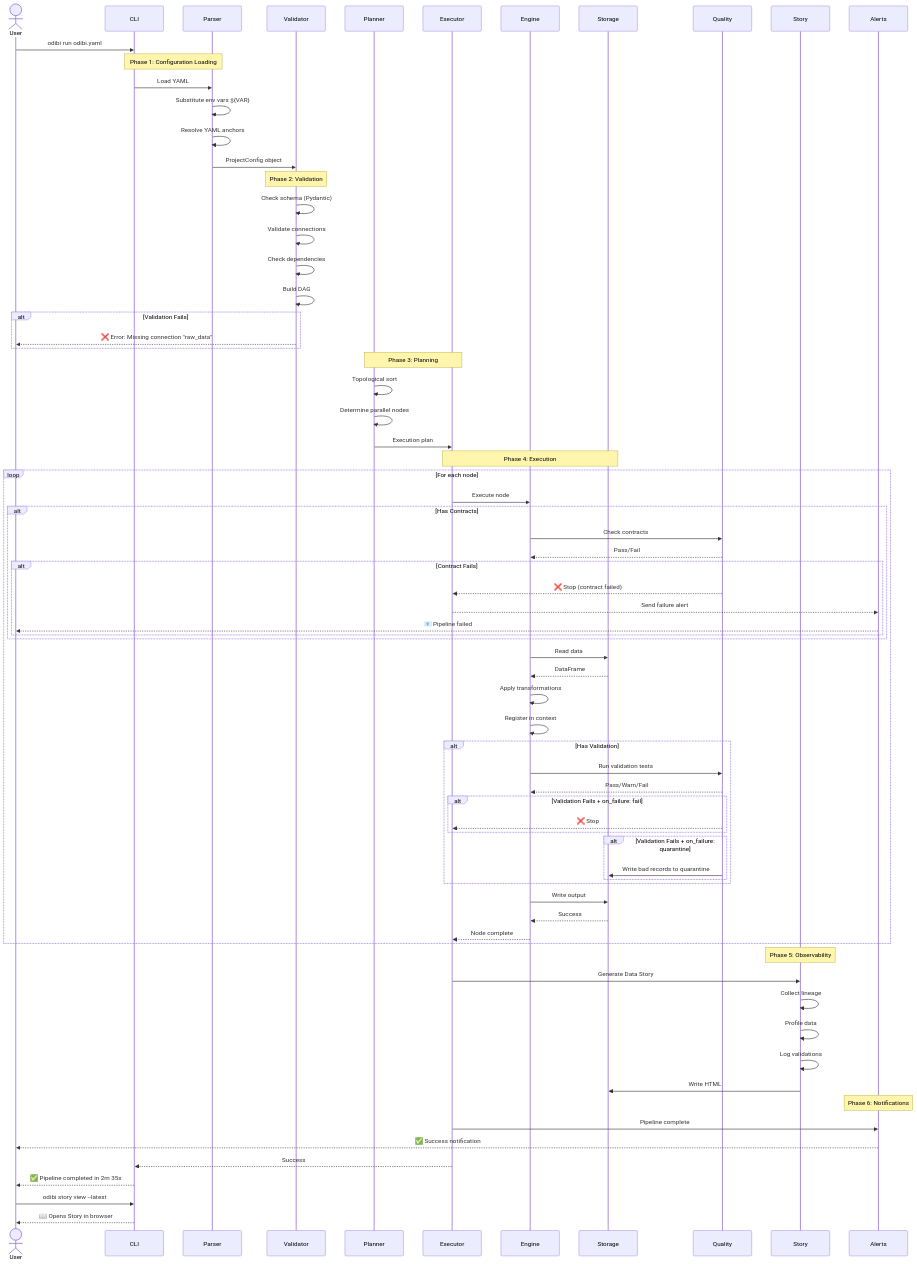
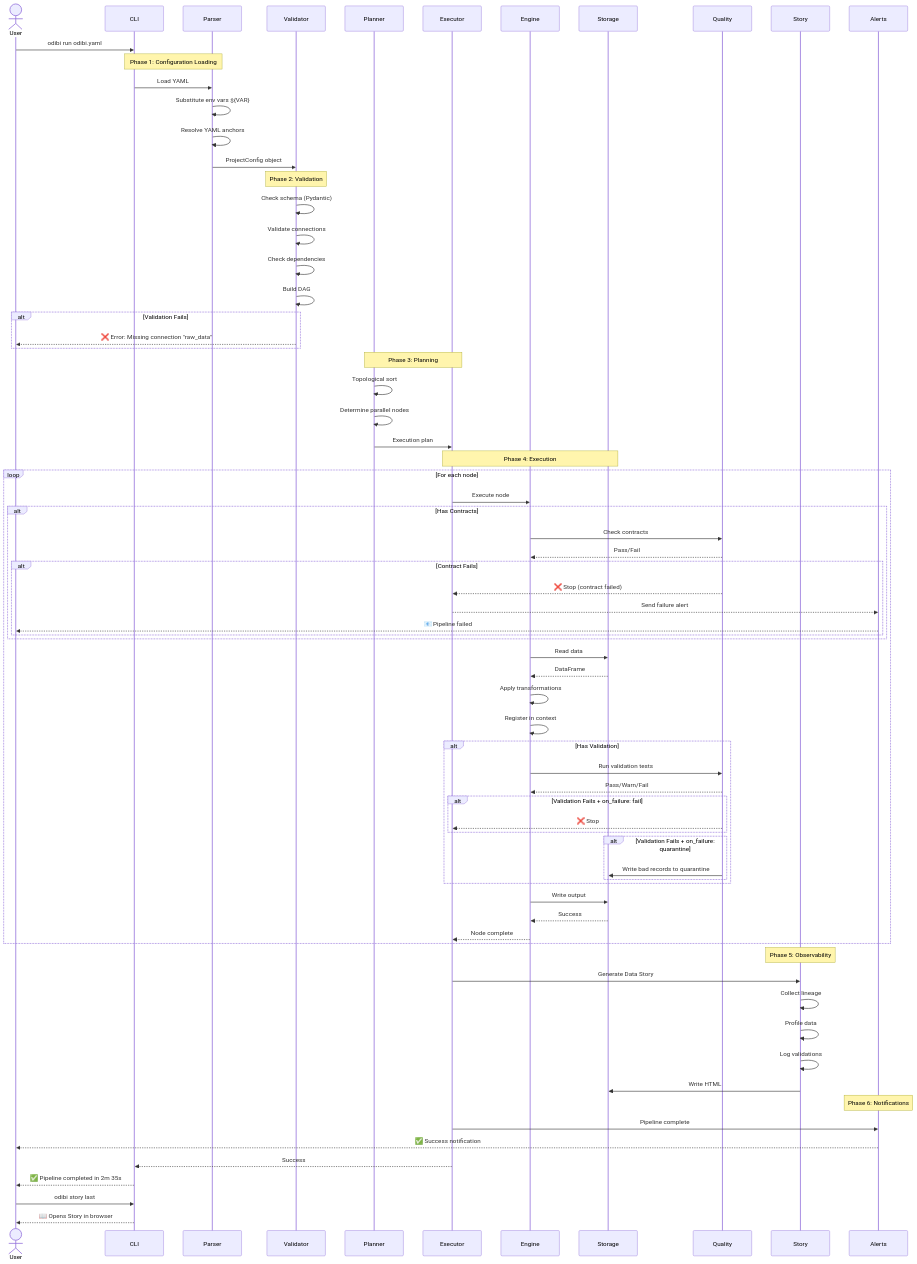
One commit to henryodibi11/Odibi changed the first of 8 diagrams in docs/visuals/run_lifecycle.md. Above: the diagram before and after it, drawn with Mermaid. The commit also changed other lines of this file and 11 other files, not shown here.

````diff
--- a/docs/visuals/run_lifecycle.md
+++ b/docs/visuals/run_lifecycle.md
@@ -95,6 +95,6 @@
     
     Executor-->>CLI: Success
     CLI-->>User: ✅ Pipeline completed in 2m 35s
-    User->>CLI: odibi story view --latest
+    User->>CLI: odibi story last
     CLI-->>User: 📖 Opens Story in browser
 ```
````
